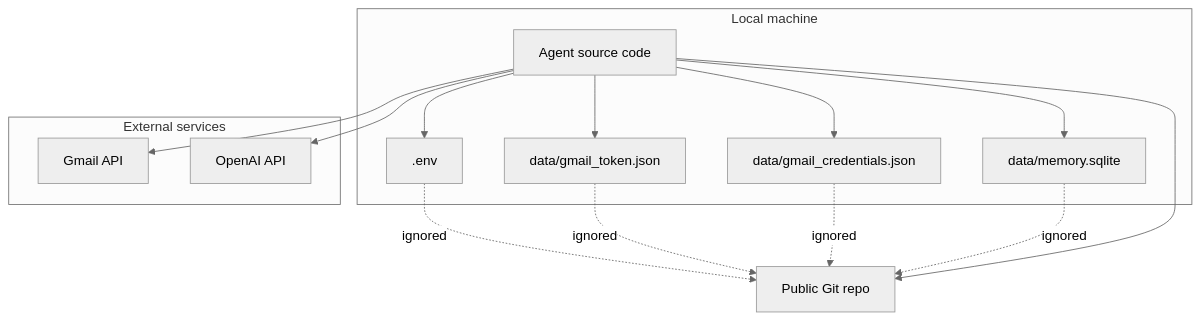
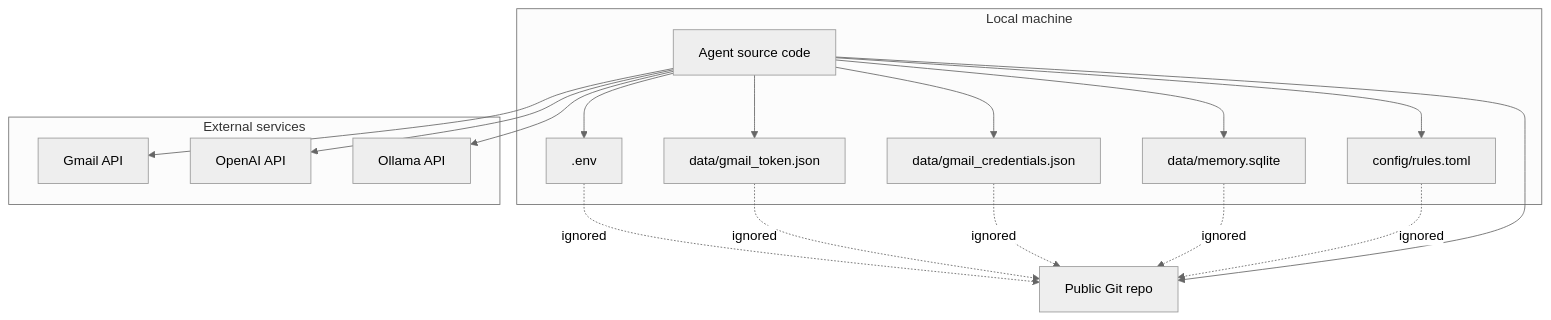
One commit to brandocomando/my_agentic_team changed the fifth of 5 diagrams in gmail-inbox-agent/docs/Architecture.md. Above: the diagram before and after it, drawn with Mermaid (neutral theme). The commit also changed other lines of this file and 23 other files, not shown here.

````diff
--- a/gmail-inbox-agent/docs/Architecture.md
+++ b/gmail-inbox-agent/docs/Architecture.md
@@ -94,28 +95,33 @@
 ```mermaid
 flowchart TB
     subgraph Local["Local machine"]
         Env[".env"]
         Token["data/gmail_token.json"]
         Credentials["data/gmail_credentials.json"]
         DB["data/memory.sqlite"]
+        Rules["config/rules.toml"]
         Code["Agent source code"]
     end
 
     subgraph External["External services"]
         Gmail["Gmail API"]
         OpenAI["OpenAI API"]
+        Ollama["Ollama API"]
     end
 
     Code --> Env
     Code --> Token
     Code --> Credentials
     Code --> DB
+    Code --> Rules
     Code --> Gmail
     Code --> OpenAI
+    Code --> Ollama
 
     Env -. ignored .-> Git["Public Git repo"]
     Token -. ignored .-> Git
     Credentials -. ignored .-> Git
     DB -. ignored .-> Git
+    Rules -. ignored .-> Git
     Code --> Git
 ```
````
